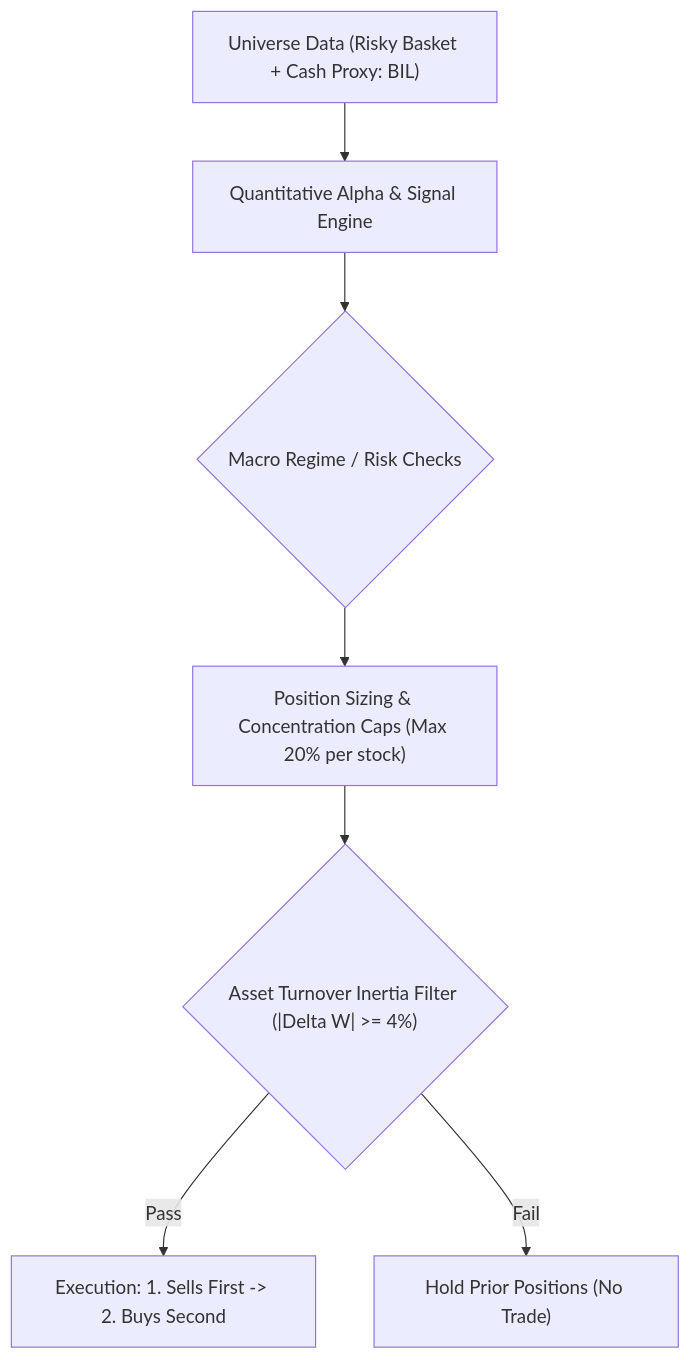
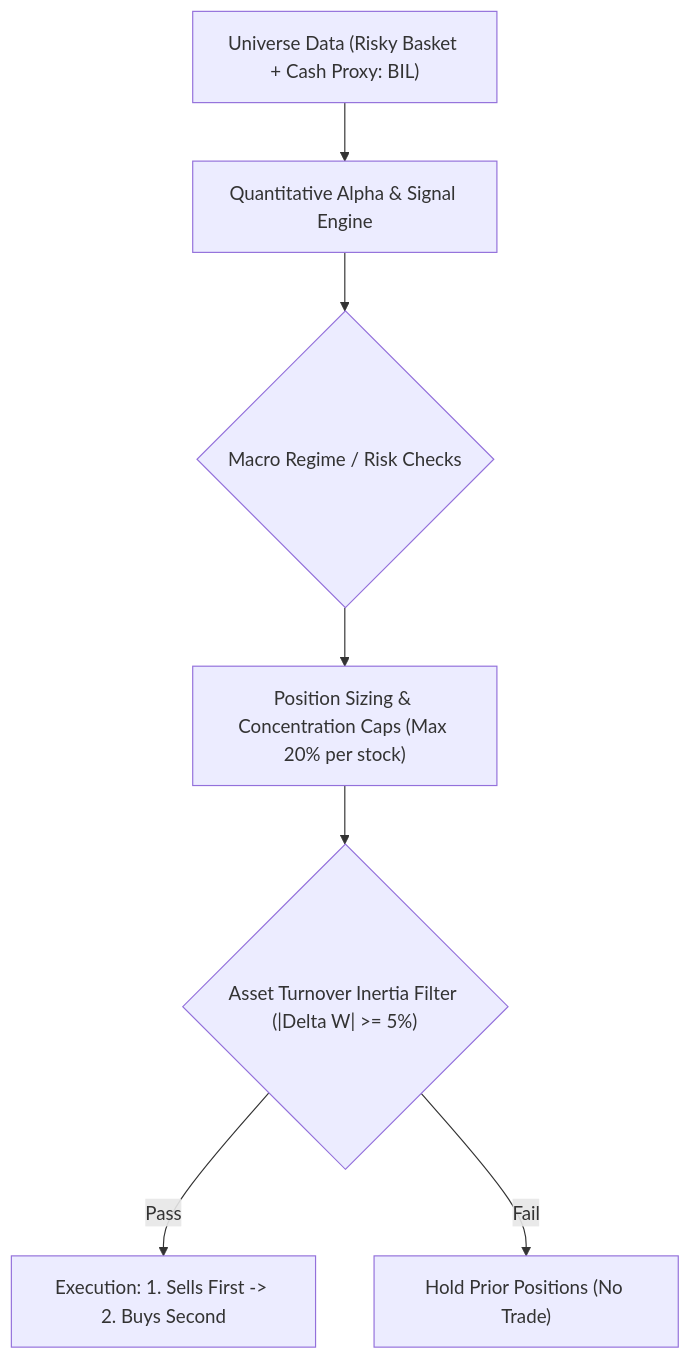
One commit to stonewell/quant_research changed the first of 2 diagrams in docs/ruleset/chan_four_state_blend/rules.md. Above: the diagram before and after it, drawn with Mermaid. The commit also changed other lines of this file and 6 other files, not shown here.

````diff
--- a/docs/ruleset/chan_four_state_blend/rules.md
+++ b/docs/ruleset/chan_four_state_blend/rules.md
@@ -17,9 +17,9 @@
 ```mermaid
 flowchart TD
     Universe["Universe Data (Risky Basket + Cash Proxy: BIL)"] --> AlphaEngine["Quantitative Alpha & Signal Engine"]
     AlphaEngine --> RegimeCheck{"Macro Regime / Risk Checks"}
     RegimeCheck --> Sizing["Position Sizing & Concentration Caps (Max 20% per stock)"]
-    Sizing --> FrictionFilter{"Asset Turnover Inertia Filter (|Delta W| >= 4%)"}
+    Sizing --> FrictionFilter{"Asset Turnover Inertia Filter (|Delta W| >= 5%)"}
     FrictionFilter -- "Pass" --> OrderExec["Execution: 1. Sells First -> 2. Buys Second"]
     FrictionFilter -- "Fail" --> HoldPrior["Hold Prior Positions (No Trade)"]
 ```
````
